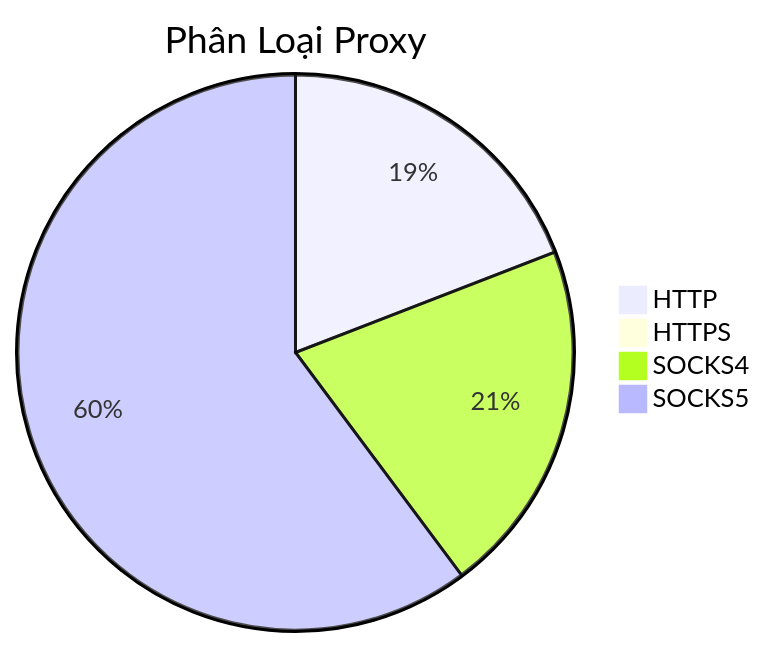
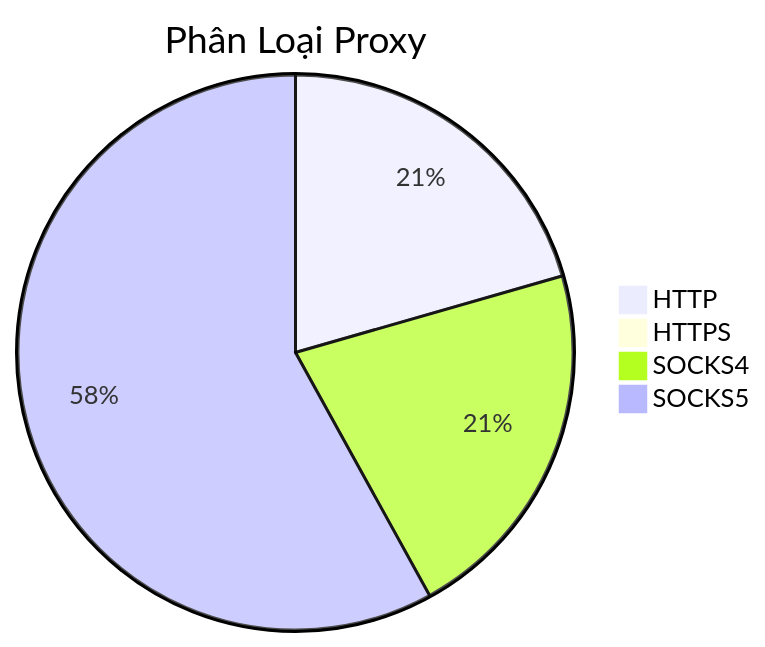
Before and after one commit to Ciara-12/PROXY-free: the diagram in README.md, drawn with Mermaid. The commit also changed other lines of this file and 4 other files, not shown here.

````diff
--- a/README.md
+++ b/README.md
@@ -26,7 +26,7 @@
 ```mermaid
 pie title Phân Loại Proxy
-    "HTTP" : 330
-    "HTTPS" : 1
-    "SOCKS4" : 357
-    "SOCKS5" : 1039
+    "HTTP" : 283
+    "HTTPS" : 0
+    "SOCKS4" : 295
+    "SOCKS5" : 799
 ```
````
